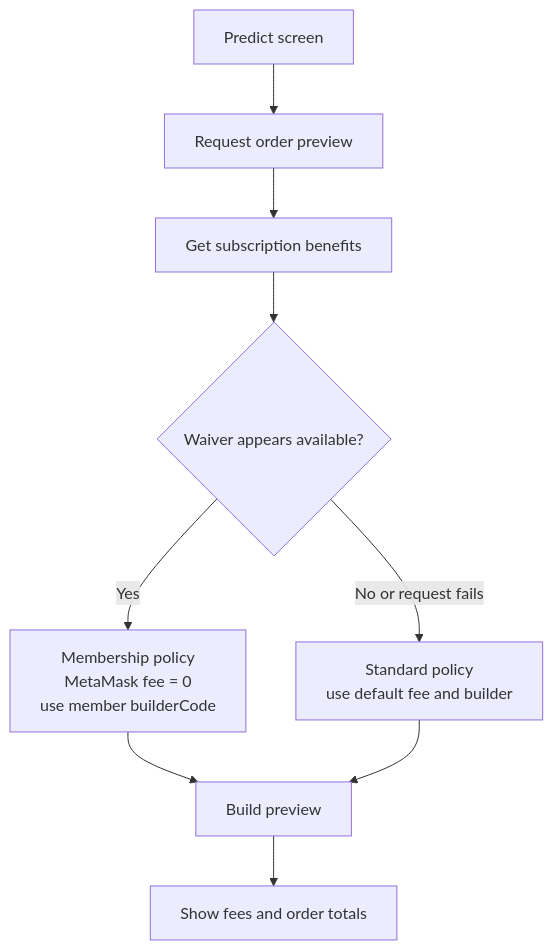
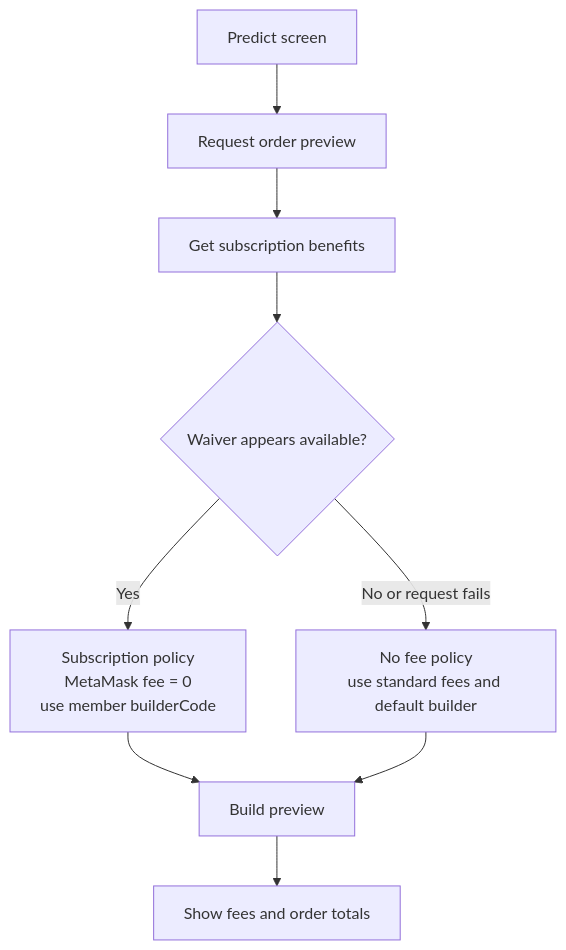
Before and after one commit to MetaMask/metamask-mobile: the first of 3 diagrams in docs/predict/pro-membership-fee-waiver-plan.md, drawn with Mermaid. The commit also changed other lines of this file, not shown here.

````diff
--- a/docs/predict/pro-membership-fee-waiver-plan.md
+++ b/docs/predict/pro-membership-fee-waiver-plan.md
@@ -20,11 +25,11 @@
 ```mermaid
 flowchart TD
   A[Predict screen] --> B[Request order preview]
   B --> C[Get subscription benefits]
   C --> D{Waiver appears available?}
-  D -->|Yes| E[Membership policy<br/>MetaMask fee = 0<br/>use member builderCode]
-  D -->|No or request fails| F[Standard policy<br/>use default fee and builder]
+  D -->|Yes| E[Subscription policy<br/>MetaMask fee = 0<br/>use member builderCode]
+  D -->|No or request fails| F[No fee policy<br/>use standard fees and default builder]
   E --> G[Build preview]
   F --> G
   G --> H[Show fees and order totals]
 ```
````
